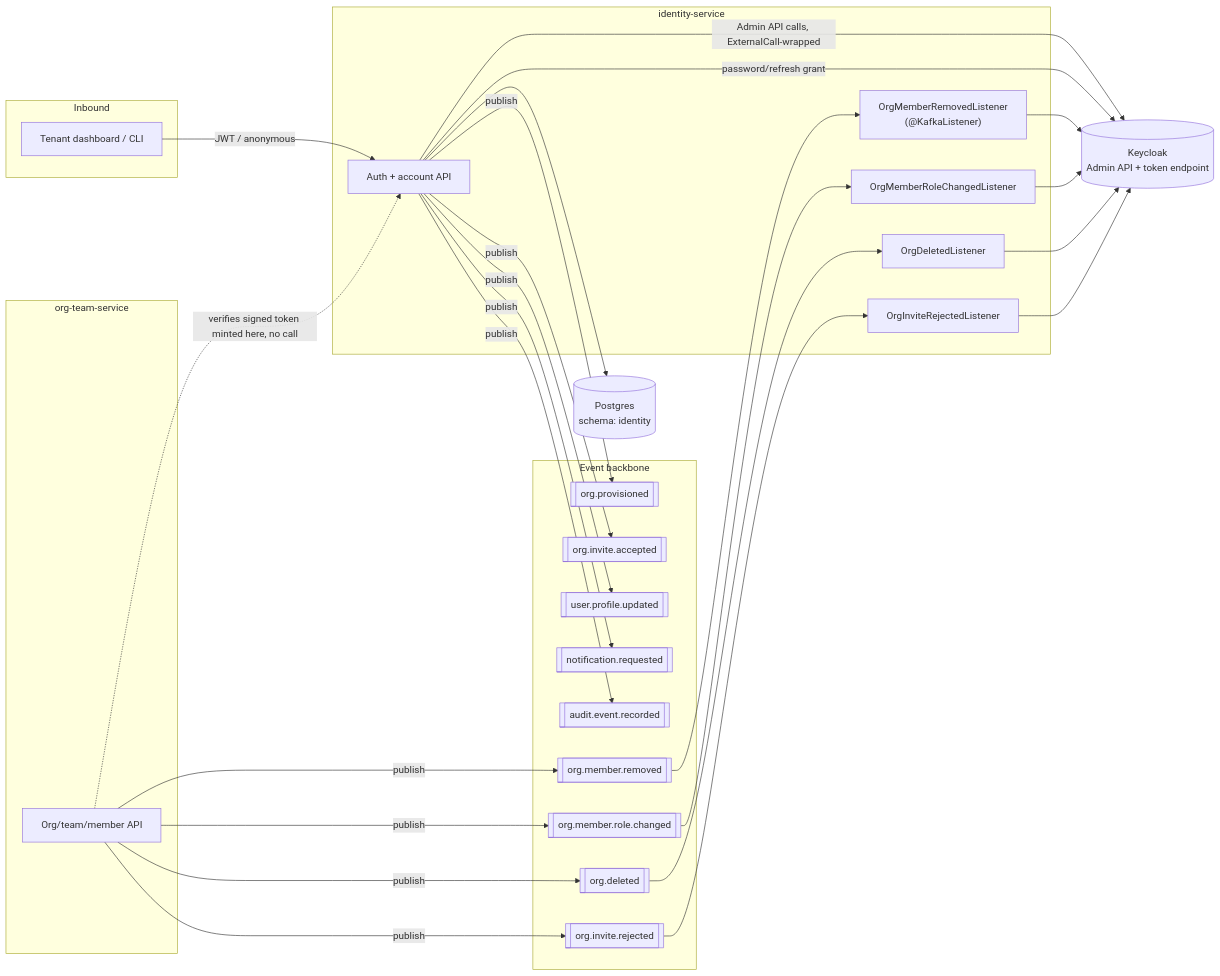
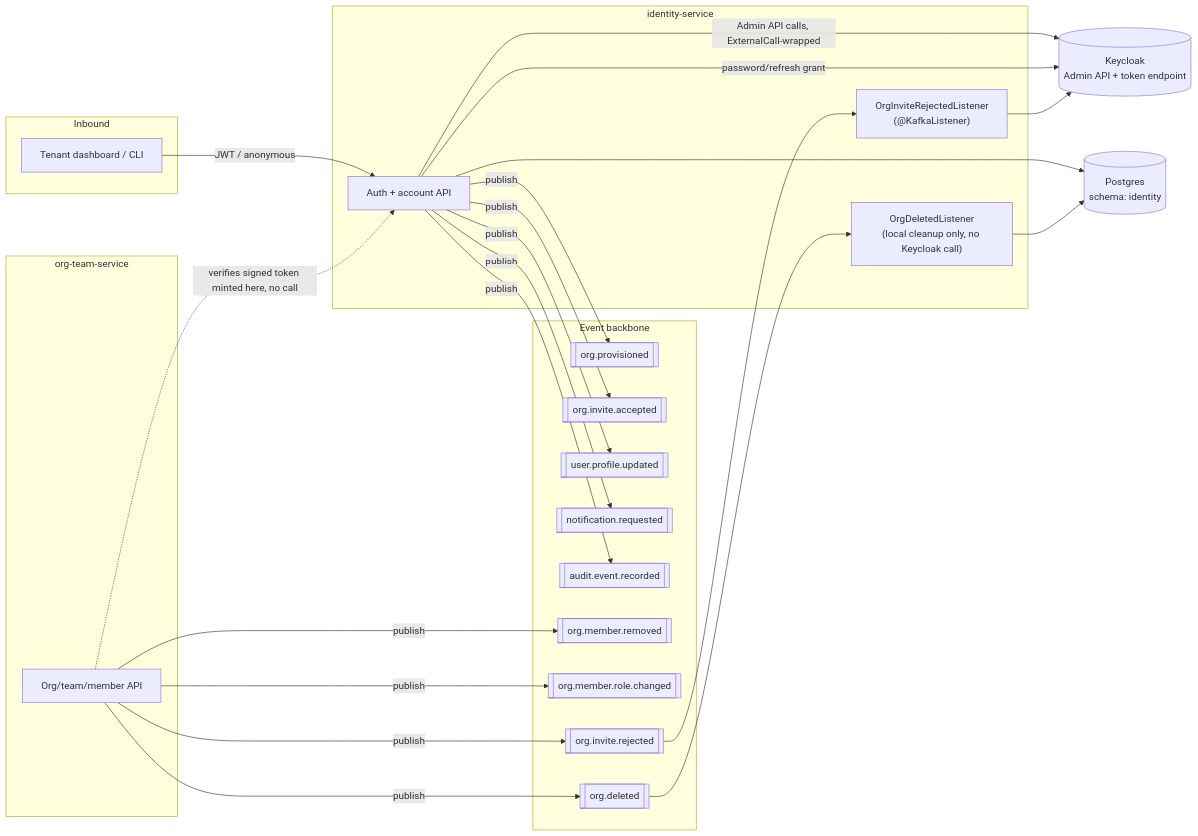
One commit to Wamitinewton/Pallet.io changed the first of 8 diagrams in docs/identity-service/ARCHITECTURE.md. Above: the diagram before and after it, drawn with Mermaid. The commit also changed other lines of this file and 51 other files, not shown here.

````diff
--- a/docs/identity-service/ARCHITECTURE.md
+++ b/docs/identity-service/ARCHITECTURE.md
@@ -99,52 +96,48 @@
 ```mermaid
 flowchart LR
     subgraph Inbound
         FE[Tenant dashboard / CLI]
     end
 
     subgraph IS["identity-service"]
         API[Auth + account API]
-        L1["OrgMemberRemovedListener<br/>(@KafkaListener)"]
-        L2["OrgMemberRoleChangedListener"]
-        L3["OrgDeletedListener"]
-        L4["OrgInviteRejectedListener"]
+        L3["OrgDeletedListener<br/>(local cleanup only, no Keycloak call)"]
+        L4["OrgInviteRejectedListener<br/>(@KafkaListener)"]
     end
 
     KC[(Keycloak<br/>Admin API + token endpoint)]
     DB[(Postgres<br/>schema: identity)]
 
     subgraph Backbone["Event backbone"]
         T1[["org.provisioned"]]
         T2[["org.invite.accepted"]]
         T3[["user.profile.updated"]]
         T4[["notification.requested"]]
         T5[["audit.event.recorded"]]
         T6[["org.member.removed"]]
         T7[["org.member.role.changed"]]
         T8[["org.deleted"]]
         T9[["org.invite.rejected"]]
     end
 
     subgraph OTS["org-team-service"]
         OApi[Org/team/member API]
     end
 
     FE -- JWT / anonymous --> API
     API -- Admin API calls, ExternalCall-wrapped --> KC
     API -- password/refresh grant --> KC
     API --> DB
     API -- publish --> T1
     API -- publish --> T2
     API -- publish --> T3
     API -- publish --> T4
     API -- publish --> T5
     OApi -- publish --> T6
     OApi -- publish --> T7
     OApi -- publish --> T8
     OApi -- publish --> T9
-    T6 --> L1 --> KC
-    T7 --> L2 --> KC
-    T8 --> L3 --> KC
+    T8 --> L3 --> DB
     T9 --> L4 --> KC
     OApi -. verifies signed token minted here, no call .-> API
 ```
````
